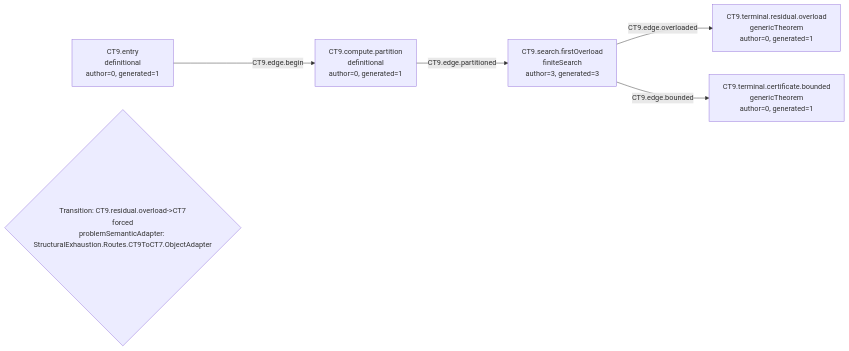
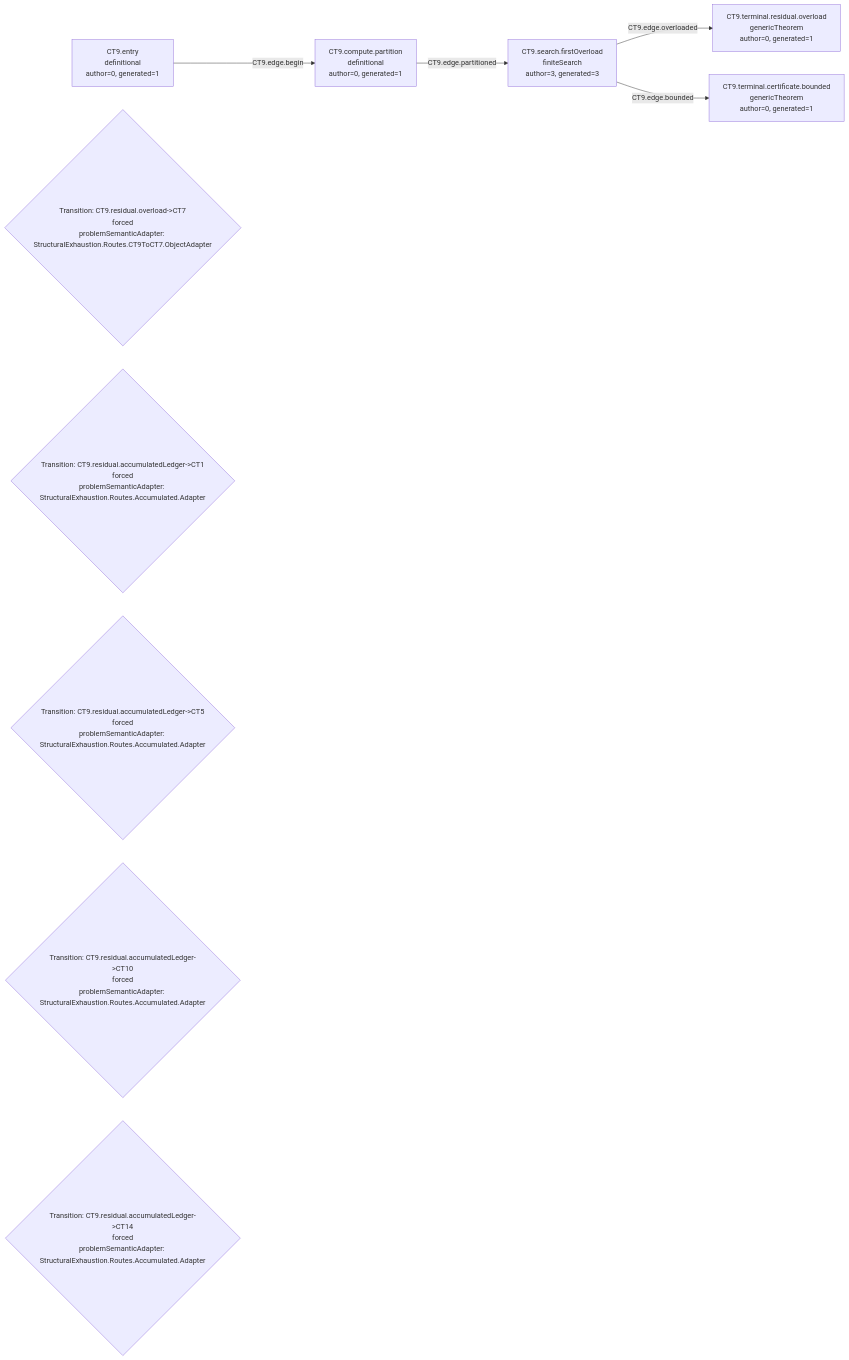
Before and after one commit to Guillemdb/structural_exhaustion: the diagram in generated/mermaid/CT9.mmd, drawn with Mermaid. The commit also changed 189 other files, not shown here.

```diff
--- a/generated/mermaid/CT9.mmd
+++ b/generated/mermaid/CT9.mmd
@@ -1,11 +1,15 @@
 flowchart LR
   N1["CT9.entry<br/>definitional<br/>author=0, generated=1"]
   N2["CT9.compute.partition<br/>definitional<br/>author=0, generated=1"]
   N3["CT9.search.firstOverload<br/>finiteSearch<br/>author=3, generated=3"]
   N4["CT9.terminal.residual.overload<br/>genericTheorem<br/>author=0, generated=1"]
   N5["CT9.terminal.certificate.bounded<br/>genericTheorem<br/>author=0, generated=1"]
   N1 -->|CT9.edge.begin| N2
   N2 -->|CT9.edge.partitioned| N3
   N3 -->|CT9.edge.overloaded| N4
   N3 -->|CT9.edge.bounded| N5
   P1{"Transition: CT9.residual.overload->CT7<br/>forced<br/>problemSemanticAdapter: StructuralExhaustion.Routes.CT9ToCT7.ObjectAdapter"}
+  P2{"Transition: CT9.residual.accumulatedLedger->CT1<br/>forced<br/>problemSemanticAdapter: StructuralExhaustion.Routes.Accumulated.Adapter"}
+  P3{"Transition: CT9.residual.accumulatedLedger->CT5<br/>forced<br/>problemSemanticAdapter: StructuralExhaustion.Routes.Accumulated.Adapter"}
+  P4{"Transition: CT9.residual.accumulatedLedger->CT10<br/>forced<br/>problemSemanticAdapter: StructuralExhaustion.Routes.Accumulated.Adapter"}
+  P5{"Transition: CT9.residual.accumulatedLedger->CT14<br/>forced<br/>problemSemanticAdapter: StructuralExhaustion.Routes.Accumulated.Adapter"}
```
